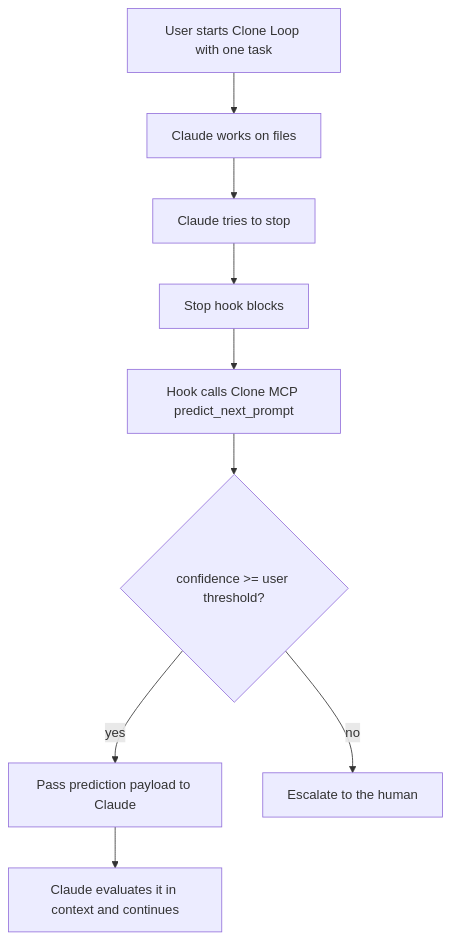
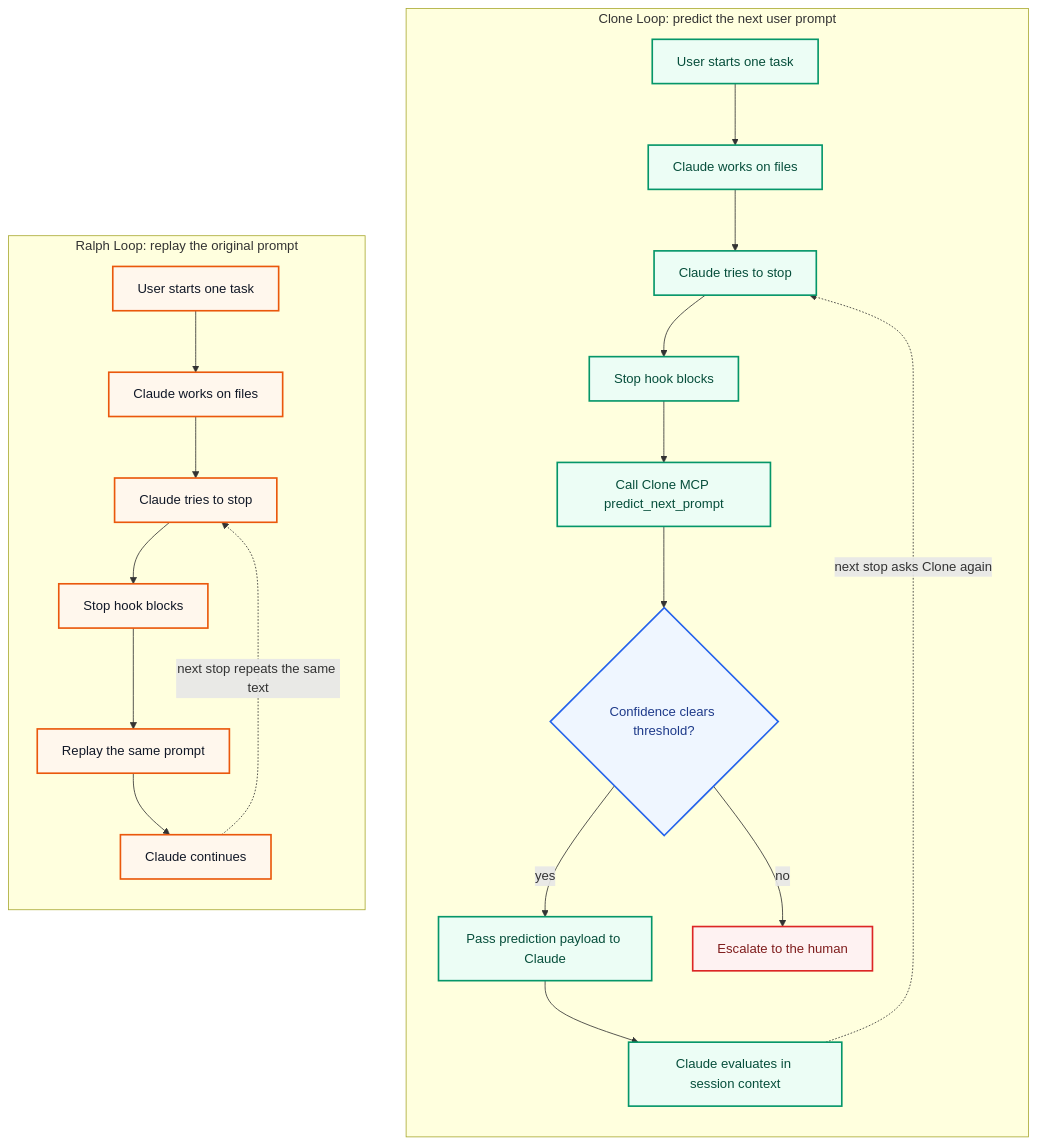
Before and after one commit to cloneisyou/clone-claude-plugin: the diagram in README.md, drawn with Mermaid. The commit also changed other lines of this file, not shown here.

````diff
--- a/README.md
+++ b/README.md
@@ -30,16 +22,42 @@
 ```mermaid
-flowchart TD
-  C1["User starts Clone Loop with one task"]
-  C2["Claude works on files"]
-  C3["Claude tries to stop"]
-  C4["Stop hook blocks"]
-  C5["Hook calls Clone MCP predict_next_prompt"]
-  C6{"confidence >= user threshold?"}
-  C7["Pass prediction payload to Claude"]
-  C8["Claude evaluates it in context and continues"]
-  C9["Escalate to the human"]
+flowchart LR
+  subgraph RALPH["Ralph Loop: replay the original prompt"]
+    direction TB
+    R1["User starts one task"]
+    R2["Claude works on files"]
+    R3["Claude tries to stop"]
+    R4["Stop hook blocks"]
+    R5["Replay the same prompt"]
+    R6["Claude continues"]
+    R1 --> R2 --> R3 --> R4 --> R5 --> R6
+    R6 -. "next stop repeats the same text" .-> R3
+  end
 
-  C1 --> C2 --> C3 --> C4 --> C5 --> C6
-  C6 -->|yes| C7 --> C8
-  C6 -->|no| C9
+  subgraph CLONE["Clone Loop: predict the next user prompt"]
+    direction TB
+    C1["User starts one task"]
+    C2["Claude works on files"]
+    C3["Claude tries to stop"]
+    C4["Stop hook blocks"]
+    C5["Call Clone MCP predict_next_prompt"]
+    C6{"Confidence clears threshold?"}
+    C7["Pass prediction payload to Claude"]
+    C8["Claude evaluates in session context"]
+    C9["Escalate to the human"]
+    C1 --> C2 --> C3 --> C4 --> C5 --> C6
+    C6 -->|yes| C7 --> C8
+    C8 -. "next stop asks Clone again" .-> C3
+    C6 -->|no| C9
+  end
+
+  R1 ~~~ C1
+
+  classDef ralph fill:#fff7ed,stroke:#ea580c,stroke-width:2px,color:#111827;
+  classDef clone fill:#ecfdf5,stroke:#059669,stroke-width:2px,color:#064e3b;
+  classDef decision fill:#eff6ff,stroke:#2563eb,stroke-width:2px,color:#1e3a8a;
+  classDef escalation fill:#fef2f2,stroke:#dc2626,stroke-width:2px,color:#7f1d1d;
+  class R1,R2,R3,R4,R5,R6 ralph;
+  class C1,C2,C3,C4,C5,C7,C8 clone;
+  class C6 decision;
+  class C9 escalation;
 ```
````
